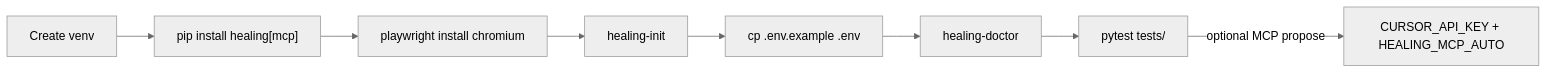
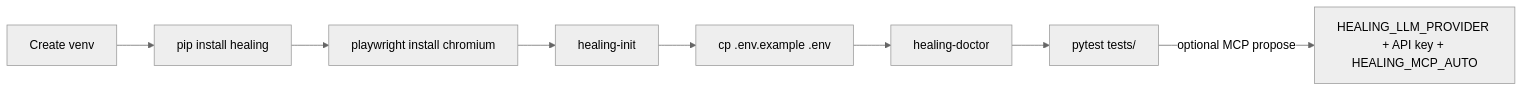
One commit to arunambadikv/self-healing-framework changed the second of 2 diagrams in docs/CONFLUENCE_QA_CHAPTERS.md. Above: the diagram before and after it, drawn with Mermaid (neutral theme). The commit also changed other lines of this file and 37 other files, not shown here.

First line of the commit message:
Ship Gemini/Groq propose in the core package and refresh consumer skills after git install.

````diff
--- a/docs/CONFLUENCE_QA_CHAPTERS.md
+++ b/docs/CONFLUENCE_QA_CHAPTERS.md
@@ -240,10 +240,10 @@
 ```mermaid
 flowchart LR
-  A[Create venv] --> B["pip install healing[mcp]"]
+  A[Create venv] --> B["pip install healing"]
   B --> C[playwright install chromium]
   C --> D[healing-init]
   D --> E[cp .env.example .env]
   E --> F[healing-doctor]
   F --> G[pytest tests/]
-  G -->|optional MCP propose| H[CURSOR_API_KEY + HEALING_MCP_AUTO]
+  G -->|optional MCP propose| H[HEALING_LLM_PROVIDER + API key + HEALING_MCP_AUTO]
 ```
````
